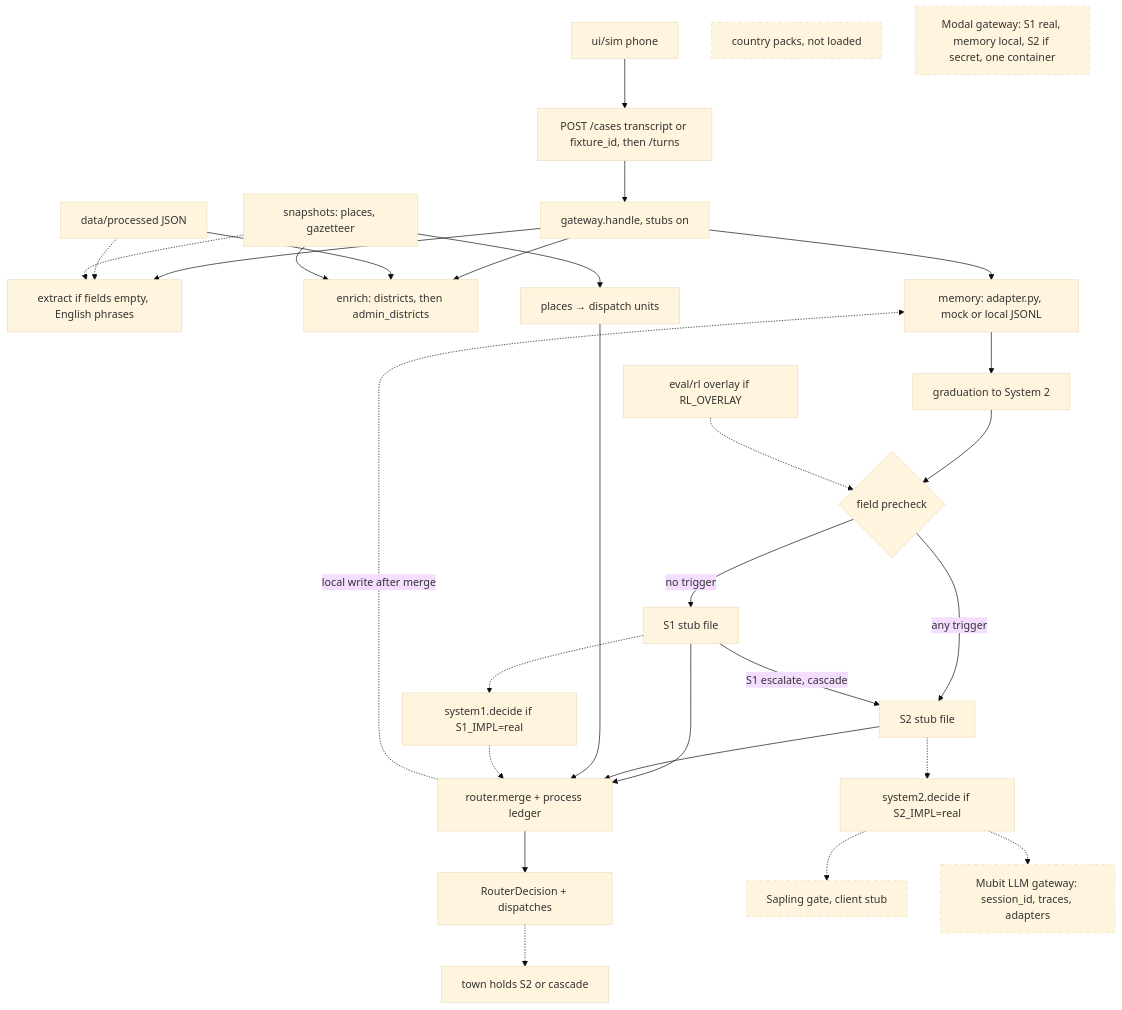
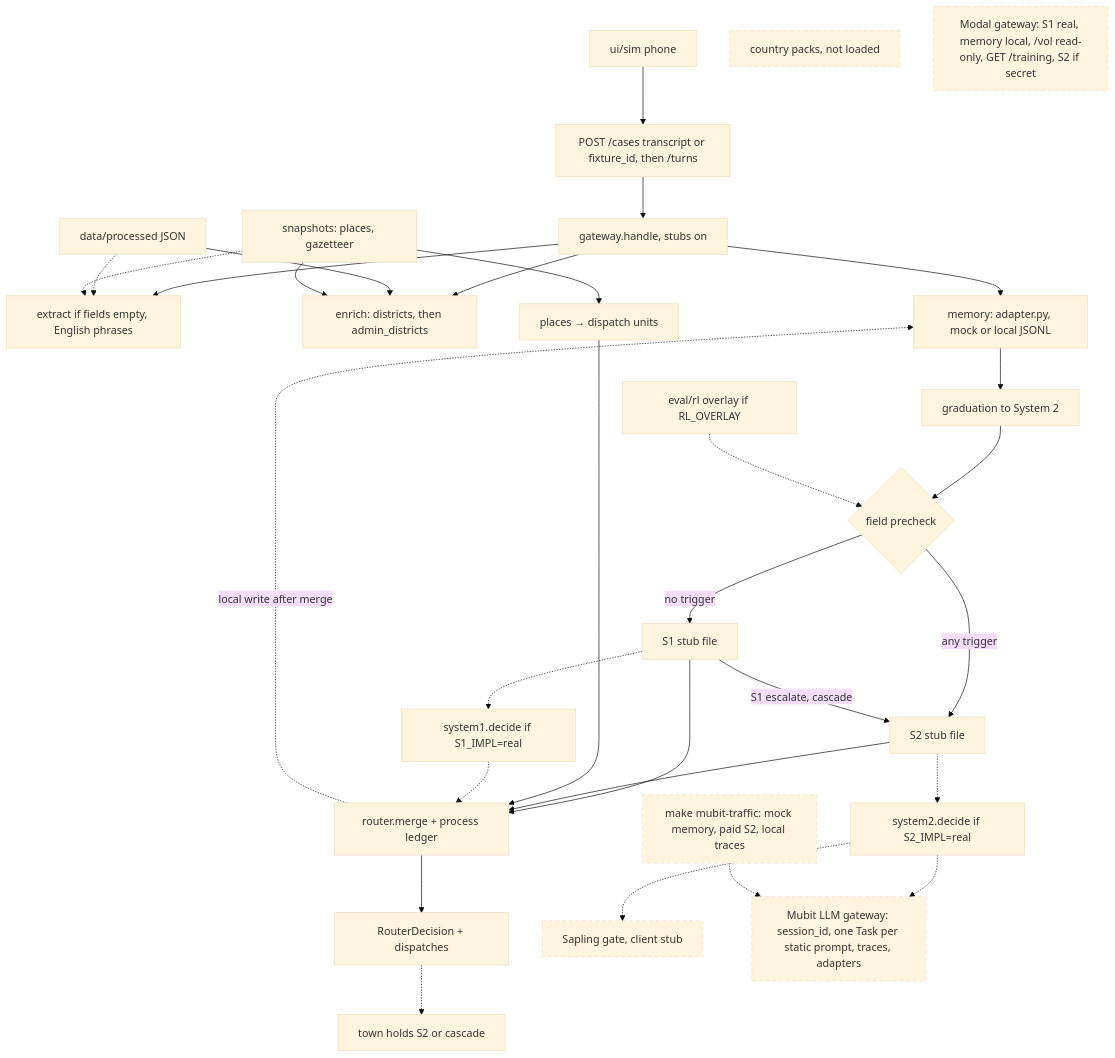
One commit to melaniepreen/Baan-Safe changed the first of 3 diagrams in BaanSafe_Revised_Architecture.md. Above: the diagram before and after it, drawn with Mermaid (base theme). The commit also changed other lines of this file and 2 other files, not shown here.

First line of the commit message:
docs: refresh architecture diagram (daeaad9)

````diff
--- a/BaanSafe_Revised_Architecture.md
+++ b/BaanSafe_Revised_Architecture.md
@@ -20,33 +20,35 @@
 ```mermaid
 flowchart TD
   classDef unwired stroke-dasharray: 5 5
   phone["ui/sim phone"] --> turns["POST /cases transcript or fixture_id, then /turns"]
   turns --> gw["gateway.handle, stubs on"]
   gw --> extract["extract if fields empty, English phrases"]
   gw --> enrich["enrich: districts, then admin_districts"]
   gw --> mem["memory: adapter.py, mock or local JSONL"]
   mem --> grad["graduation to System 2"]
   grad --> pick{"field precheck"}
   pick -->|no trigger| s1["S1 stub file"]
   pick -->|any trigger| s2["S2 stub file"]
   s1 -->|"S1 escalate, cascade"| s2
   ov["eval/rl overlay if RL_OVERLAY"] -.-> pick
   s1 --> merge["router.merge + process ledger"]
   s2 --> merge
   merge -.->|"local write after merge"| mem
   snap["snapshots: places, gazetteer"] --> places["places → dispatch units"]
   places --> merge
   proc["data/processed JSON"] --> enrich
   proc -.-> extract
   snap -.-> extract
   snap --> enrich
   merge --> out["RouterDecision + dispatches"]
   out -.-> hold["town holds S2 or cascade"]
   s1 -.-> rules["system1.decide if S1_IMPL=real"]
   rules -.-> merge
   s2 -.-> s2d["system2.decide if S2_IMPL=real"]
   s2d -.-> sap["Sapling gate, client stub"]:::unwired
-  s2d -.-> llm["Mubit LLM gateway: session_id, traces, adapters"]:::unwired
+  s2d -.-> llm["Mubit LLM gateway: session_id, one Task per static prompt, traces, adapters"]:::unwired
+  traffic["make mubit-traffic: mock memory, paid S2, local traces"]:::unwired
+  traffic -.-> llm
   packs["country packs, not loaded"]:::unwired
-  modal["Modal gateway: S1 real, memory local, S2 if secret, one container"]:::unwired
+  modal["Modal gateway: S1 real, memory local, /vol read-only, GET /training, S2 if secret"]:::unwired
 ```
````
